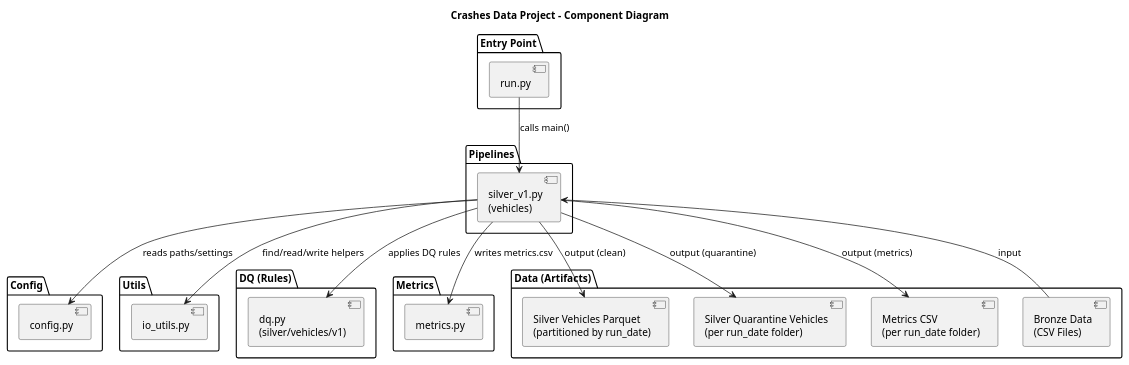
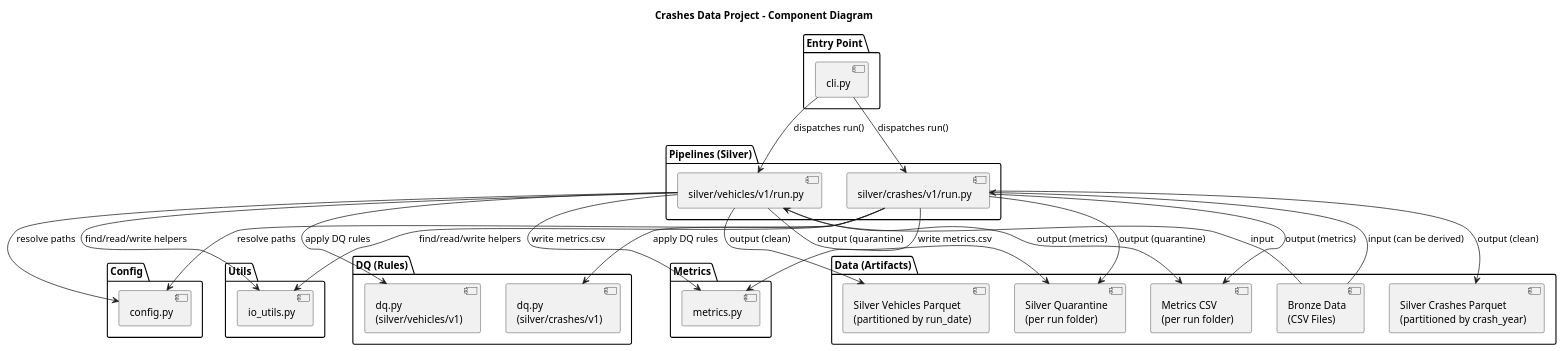
Before and after one commit to luisgfinger/crashes_data_project: the diagram in docs/uml/component.puml, drawn with PlantUML. The commit also changed 5 other files, not shown here.

First line of the commit message:
docs(uml): update component and activity diagrams to reflect modular silver architecture

```diff
--- a/docs/uml/component.puml
+++ b/docs/uml/component.puml
@@ -1,46 +1,69 @@
 @startuml
 title Crashes Data Project - Component Diagram
 
 package "Entry Point" {
-  [run.py] as run
+  [cli.py] as cli
 }
 
-package "Pipelines" {
-  [silver_v1.py\n(vehicles)] as silver_vehicles
+package "Pipelines (Silver)" {
+  [silver/vehicles/v1/run.py] as silver_vehicles
+  [silver/crashes/v1/run.py] as silver_crashes
 }
 
 package "Config" {
   [config.py] as config
 }
 
 package "Utils" {
   [io_utils.py] as io
 }
 
 package "DQ (Rules)" {
   [dq.py\n(silver/vehicles/v1)] as dq_vehicles
+  [dq.py\n(silver/crashes/v1)] as dq_crashes
 }
 
 package "Metrics" {
   [metrics.py] as metrics_mod
 }
 
 package "Data (Artifacts)" {
   [Bronze Data\n(CSV Files)] as bronze
-  [Silver Vehicles Parquet\n(partitioned by run_date)] as silver_data
-  [Silver Quarantine Vehicles\n(per run_date folder)] as quarantine
-  [Metrics CSV\n(per run_date folder)] as metrics_out
+
+  [Silver Vehicles Parquet\n(partitioned by run_date)] as silver_vehicles_data
+  [Silver Crashes Parquet\n(partitioned by crash_year)] as silver_crashes_data
+
+  [Silver Quarantine\n(per run folder)] as quarantine
+
+  [Metrics CSV\n(per run folder)] as metrics_out
 }
 
-run --> silver_vehicles : calls main()
-silver_vehicles --> config : reads paths/settings
+' ---- CLI dispatch ----
+cli --> silver_vehicles : dispatches run()
+cli --> silver_crashes : dispatches run()
+
+' ---- Shared dependencies ----
+silver_vehicles --> config : resolve paths
 silver_vehicles --> io : find/read/write helpers
-silver_vehicles --> dq_vehicles : applies DQ rules
-silver_vehicles --> metrics_mod : writes metrics.csv
+silver_vehicles --> dq_vehicles : apply DQ rules
+silver_vehicles --> metrics_mod : write metrics.csv
 
+silver_crashes --> config : resolve paths
+silver_crashes --> io : find/read/write helpers
+silver_crashes --> dq_crashes : apply DQ rules
+silver_crashes --> metrics_mod : write metrics.csv
+
+' ---- Data flow ----
 bronze --> silver_vehicles : input
-silver_vehicles --> silver_data : output (clean)
+bronze --> silver_crashes : input (can be derived)
+
+silver_vehicles --> silver_vehicles_data : output (clean)
+silver_crashes --> silver_crashes_data : output (clean)
+
 silver_vehicles --> quarantine : output (quarantine)
+silver_crashes --> quarantine : output (quarantine)
+
 silver_vehicles --> metrics_out : output (metrics)
+silver_crashes --> metrics_out : output (metrics)
 
 @enduml
```
